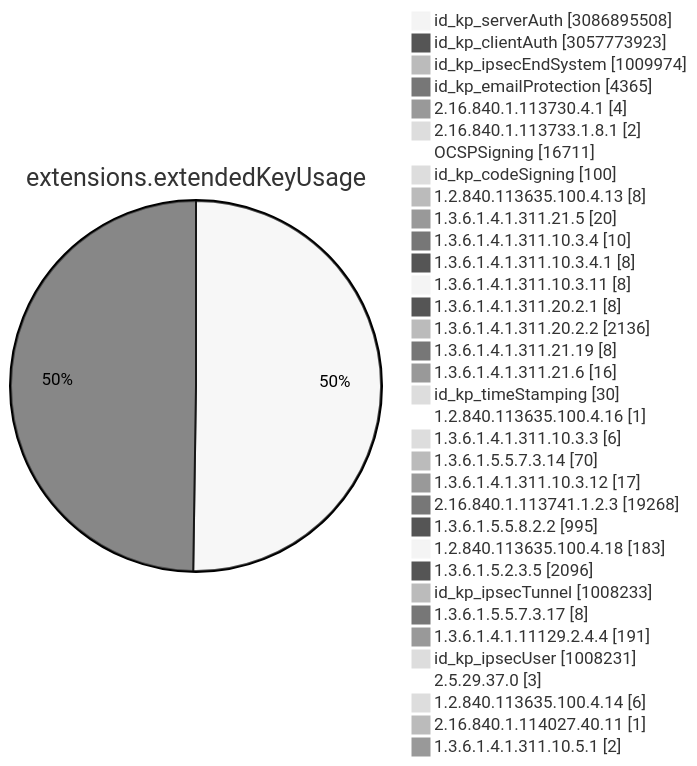
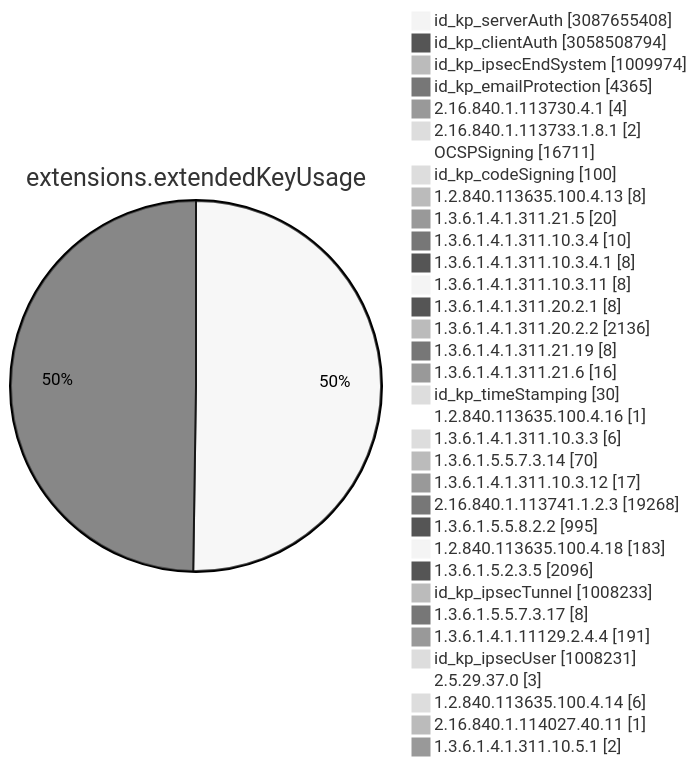
Diagram 11 of 15 in TOTAL/README.md (christiankrug/ctmonitor_visualization), drawn with Mermaid (neutral theme) before and after one commit. The commit also changed other lines of this file, not shown here.

````diff
--- a/TOTAL/README.md
+++ b/TOTAL/README.md
@@ -4117,38 +4117,38 @@
 ```mermaid
 pie showData
 title extensions.extendedKeyUsage
-"id_kp_serverAuth" :3086895508
-"id_kp_clientAuth" :3057773923
+"id_kp_serverAuth" :3087655408
+"id_kp_clientAuth" :3058508794
 "id_kp_ipsecEndSystem" :1009974
 "id_kp_emailProtection" :4365
 "2.16.840.1.113730.4.1" :4
 "2.16.840.1.113733.1.8.1" :2
 "OCSPSigning" :16711
 "id_kp_codeSigning" :100
 "1.2.840.113635.100.4.13" :8
 "1.3.6.1.4.1.311.21.5" :20
 "1.3.6.1.4.1.311.10.3.4" :10
 "1.3.6.1.4.1.311.10.3.4.1" :8
 "1.3.6.1.4.1.311.10.3.11" :8
 "1.3.6.1.4.1.311.20.2.1" :8
 "1.3.6.1.4.1.311.20.2.2" :2136
 "1.3.6.1.4.1.311.21.19" :8
 "1.3.6.1.4.1.311.21.6" :16
 "id_kp_timeStamping" :30
 "1.2.840.113635.100.4.16" :1
 "1.3.6.1.4.1.311.10.3.3" :6
 "1.3.6.1.5.5.7.3.14" :70
 "1.3.6.1.4.1.311.10.3.12" :17
 "2.16.840.1.113741.1.2.3" :19268
 "1.3.6.1.5.5.8.2.2" :995
 "1.2.840.113635.100.4.18" :183
 "1.3.6.1.5.2.3.5" :2096
 "id_kp_ipsecTunnel" :1008233
 "1.3.6.1.5.5.7.3.17" :8
 "1.3.6.1.4.1.11129.2.4.4" :191
 "id_kp_ipsecUser" :1008231
 "2.5.29.37.0" :3
 "1.2.840.113635.100.4.14" :6
 "2.16.840.1.114027.40.11" :1
 "1.3.6.1.4.1.311.10.5.1" :2
 ```
````
